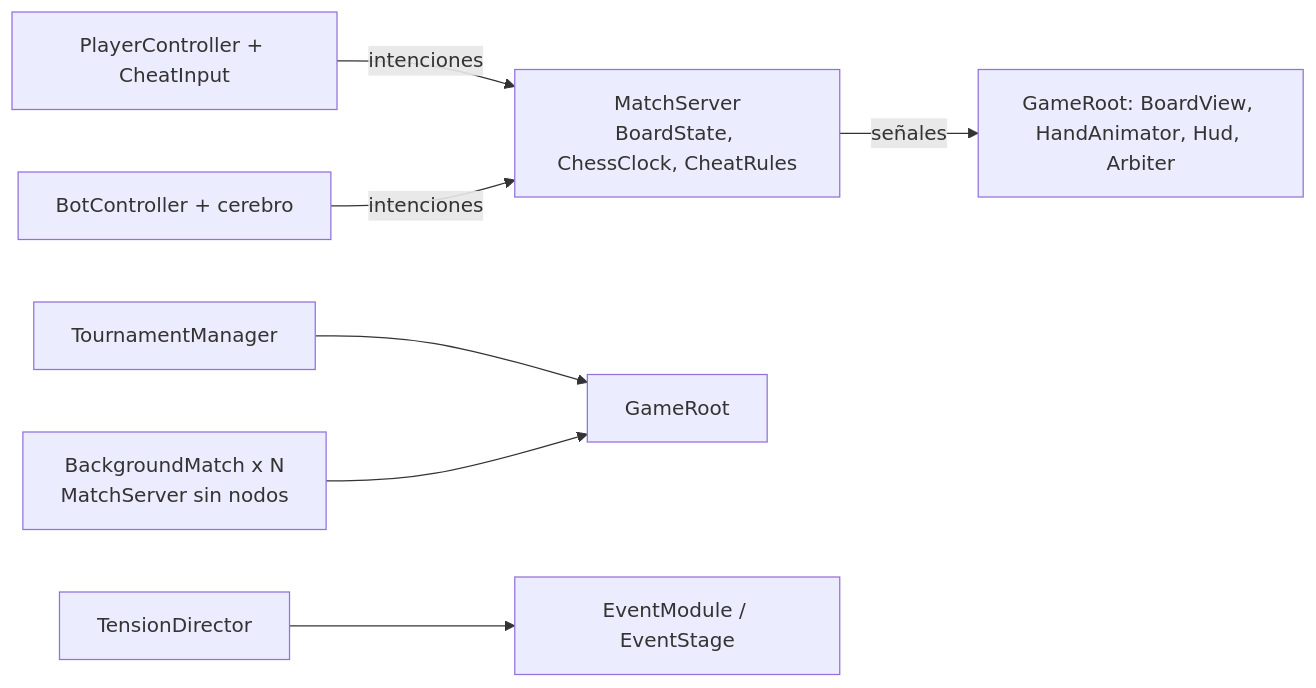
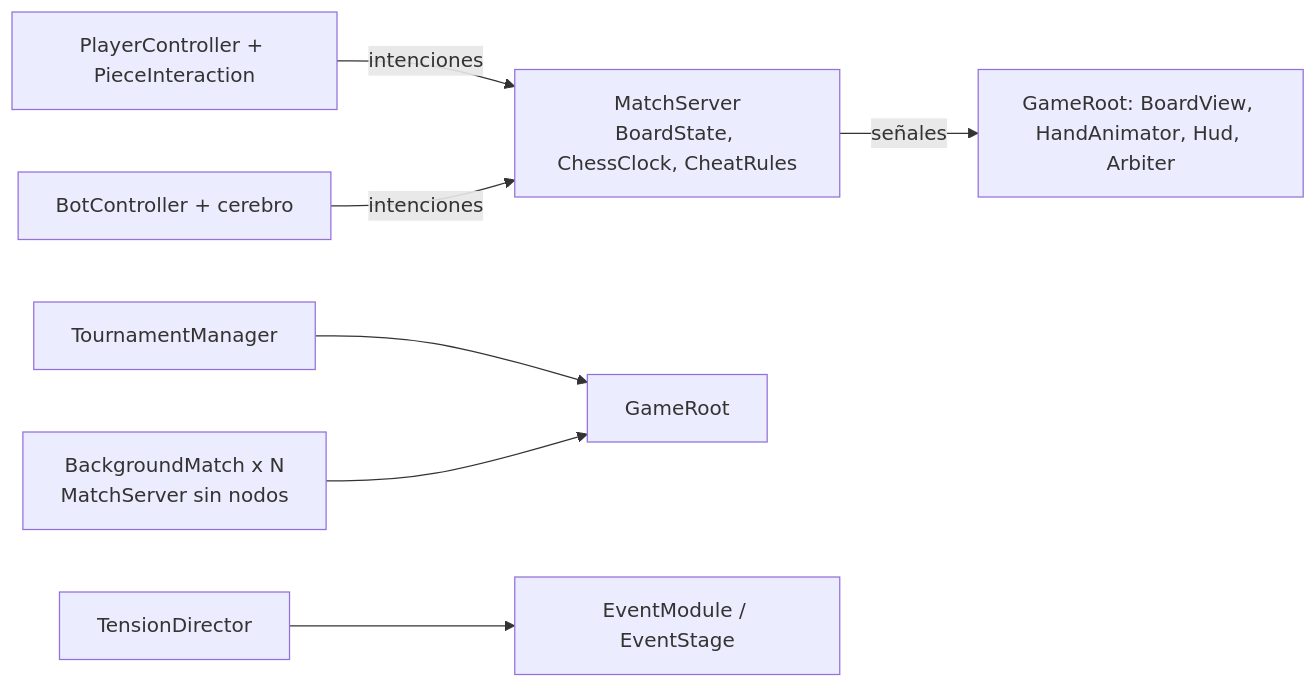
One commit to alan-pv/GJ-Horror changed the first of 2 diagrams in docs/arquitectura.md. Above: the diagram before and after it, drawn with Mermaid. The commit also changed other lines of this file and 34 other files, not shown here.

````diff
--- a/docs/arquitectura.md
+++ b/docs/arquitectura.md
@@ -21,9 +21,9 @@
 ```mermaid
 flowchart LR
-    Humano[PlayerController + CheatInput] -- intenciones --> S
+    Humano[PlayerController + PieceInteraction] -- intenciones --> S
     Bot[BotController + cerebro] -- intenciones --> S
     S[MatchServer<br/>BoardState, ChessClock, CheatRules] -- señales --> Vista[GameRoot: BoardView, HandAnimator, Hud, Arbiter]
     T[TournamentManager] --> G[GameRoot]
     BG[BackgroundMatch x N<br/>MatchServer sin nodos] --> G
     D[TensionDirector] --> E[EventModule / EventStage]
 ```
````
